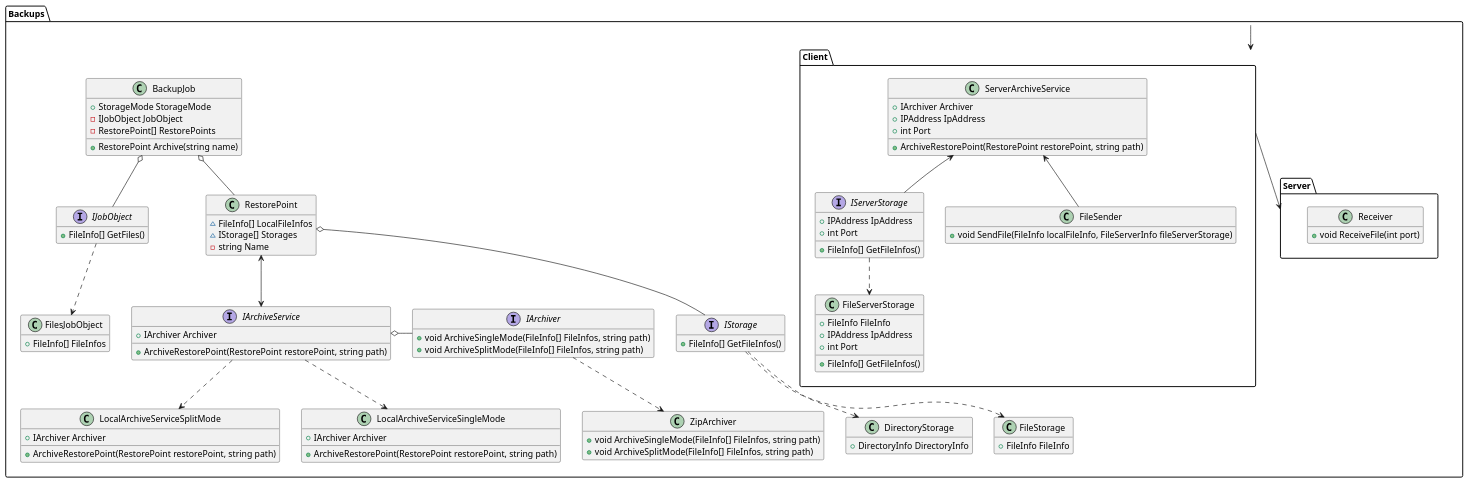
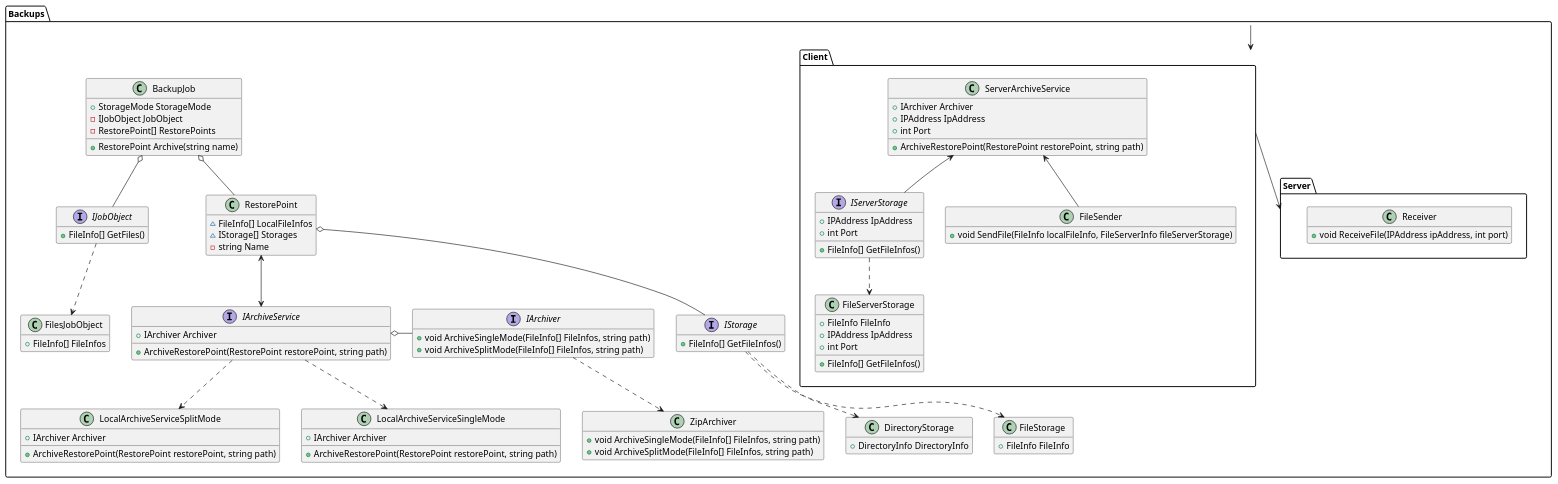
Before and after one commit to Ar4eR-ValerA/OOP.IIIsem: the diagram in Docs/Classes.puml, drawn with PlantUML. The commit also changed 3 other files, not shown here.

```diff
--- a/Docs/Classes.puml
+++ b/Docs/Classes.puml
@@ -1,124 +1,124 @@
 @startuml
 
 hide empty members
 
 package Backups {
     class BackupJob {
         + StorageMode StorageMode
         - IJobObject JobObject
         - RestorePoint[] RestorePoints
         
         + RestorePoint Archive(string name)
     }
     
     interface IJobObject {
         + FileInfo[] GetFiles()
     }
     
 
     class FilesJobObject {
         + FileInfo[] FileInfos
     }
     
     class RestorePoint {
         ~ FileInfo[] LocalFileInfos
         ~ IStorage[] Storages
         - string Name
     }
     
     interface IStorage {
         + FileInfo[] GetFileInfos()
     }
     
     interface IArchiveService {
         + IArchiver Archiver
         
         + ArchiveRestorePoint(RestorePoint restorePoint, string path)
     }
     
     class ZipArchiver {
         + void ArchiveSingleMode(FileInfo[] FileInfos, string path)
         + void ArchiveSplitMode(FileInfo[] FileInfos, string path)
     }
     
     interface IArchiver {
         + void ArchiveSingleMode(FileInfo[] FileInfos, string path)
         + void ArchiveSplitMode(FileInfo[] FileInfos, string path)
     }
     
     class LocalArchiveServiceSingleMode {
         + IArchiver Archiver
         
         + ArchiveRestorePoint(RestorePoint restorePoint, string path)
     }
     
     class LocalArchiveServiceSplitMode {
             + IArchiver Archiver
             
             + ArchiveRestorePoint(RestorePoint restorePoint, string path)
         }
     
     class FileStorage {
         + FileInfo FileInfo
     }
     
     class DirectoryStorage {
         + DirectoryInfo DirectoryInfo
     }
 }
 
 package Backups.Client {
     class ServerArchiveService {
         + IArchiver Archiver
         + IPAddress IpAddress
         + int Port
                 
         + ArchiveRestorePoint(RestorePoint restorePoint, string path)
     }
     
     class FileServerStorage {
         + FileInfo FileInfo
         + IPAddress IpAddress
         + int Port
         
         + FileInfo[] GetFileInfos()
     }
     
     interface IServerStorage {
         + FileInfo[] GetFileInfos()
         + IPAddress IpAddress
         + int Port
     }
     
     class FileSender {
         + void SendFile(FileInfo localFileInfo, FileServerInfo fileServerStorage)
     }
 }
 
 package Backups.Server {
     class Receiver {
-        + void ReceiveFile(int port)
+        + void ReceiveFile(IPAddress ipAddress, int port)
     }
 }
 
 BackupJob o-- RestorePoint
 RestorePoint o-- IStorage
 BackupJob o-- IJobObject
 RestorePoint <--> IArchiveService
 IJobObject ..> FilesJobObject
 IStorage ..> FileStorage
 IStorage ..> DirectoryStorage
 IArchiver -o IArchiveService
 IArchiver ..> ZipArchiver
 Backups --> Backups.Client
 Backups.Client --> Backups.Server
 
 ServerArchiveService <-- IServerStorage
 ServerArchiveService <-- FileSender
 IServerStorage ..> FileServerStorage
 
 IArchiveService ..> LocalArchiveServiceSingleMode
 IArchiveService ..> LocalArchiveServiceSplitMode
 
 
 @enduml
```
